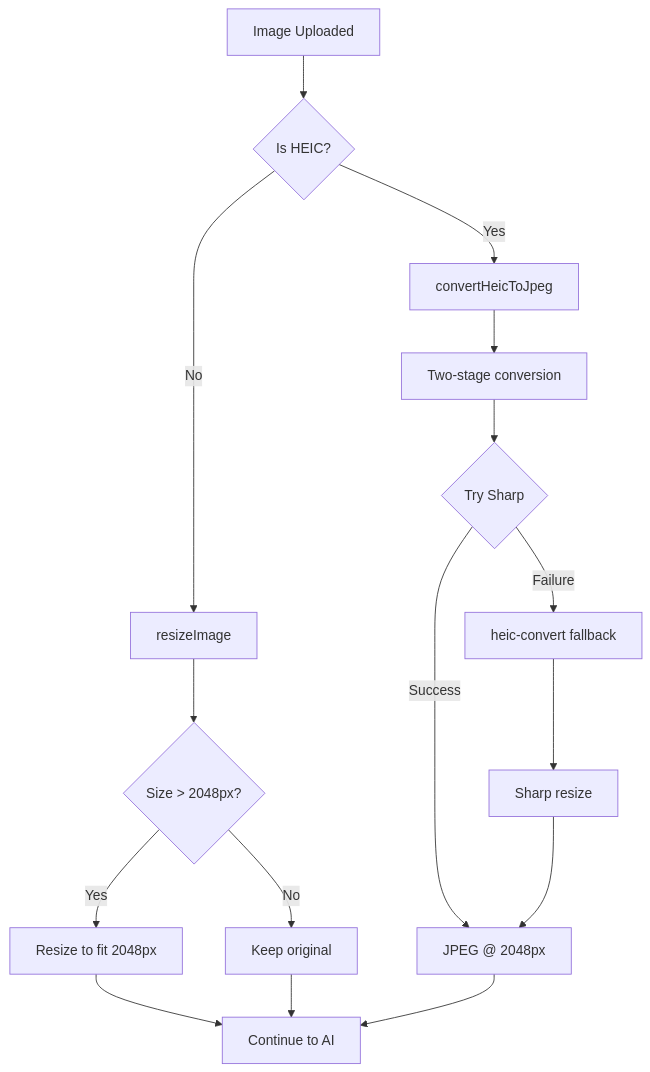
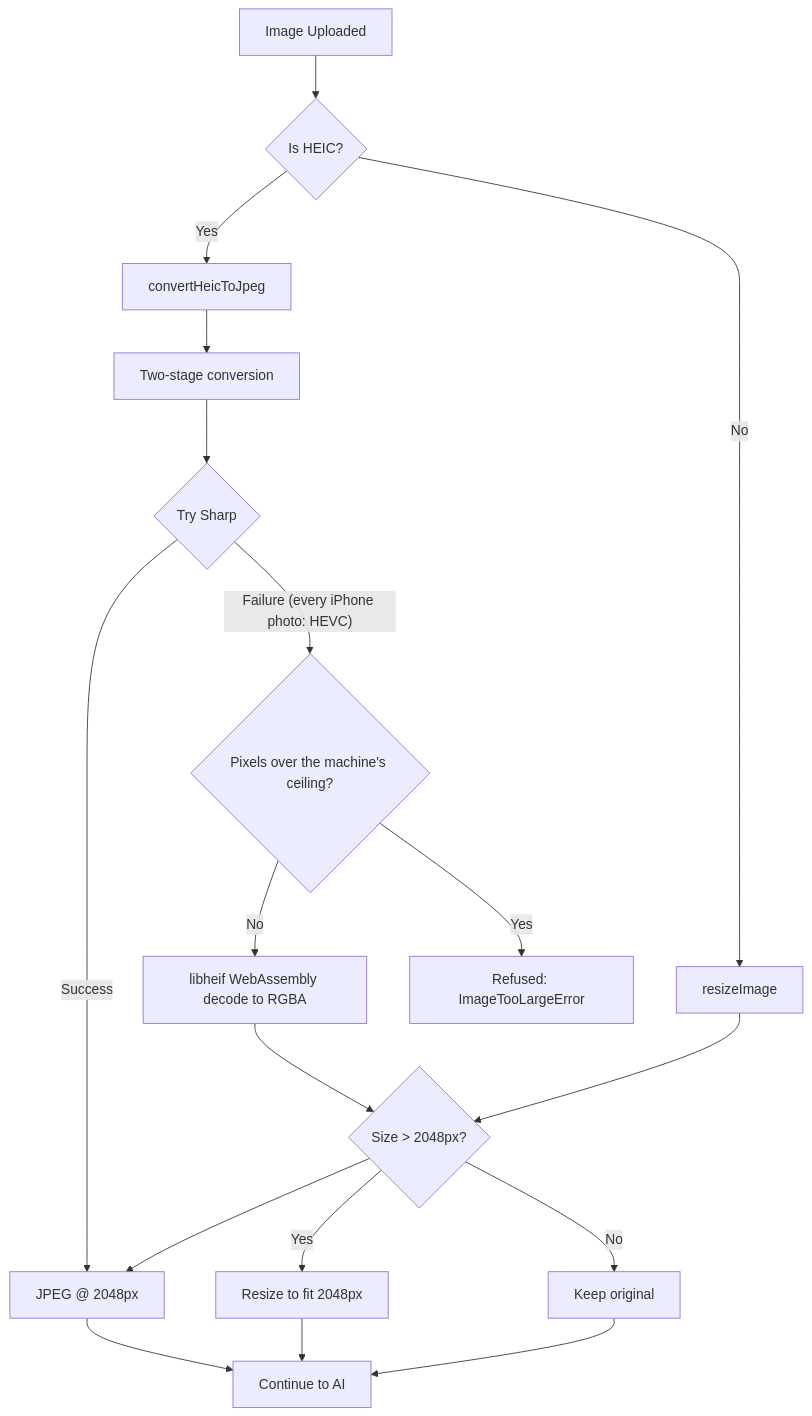
Before and after one commit to FredflixBE/midday: the sixth of 6 diagrams in docs/document-processing.md, drawn with Mermaid. The commit also changed other lines of this file and 21 other files, not shown here.

First line of the commit message:
FF-1491: decode HEIC with libheif's WebAssembly build, and refuse by pixels (#77)

````diff
--- a/docs/document-processing.md
+++ b/docs/document-processing.md
@@ -469,20 +470,22 @@
 ```mermaid
 flowchart TD
     A[Image Uploaded] --> B{Is HEIC?}
     B -->|Yes| C[convertHeicToJpeg]
     B -->|No| D[resizeImage]
     
     C --> E[Two-stage conversion]
     E --> F{Try Sharp}
     F -->|Success| G[JPEG @ 2048px]
-    F -->|Failure| H[heic-convert fallback]
-    H --> I[Sharp resize]
-    I --> G
+    F -->|"Failure (every iPhone photo: HEVC)"| H{Pixels over the machine's ceiling?}
+    H -->|No| I[libheif WebAssembly decode to RGBA]
+    H -->|Yes| R[Refused: ImageTooLargeError]
+    I --> J[Sharp resize]
+    J --> G
     
     D --> J{Size > 2048px?}
     J -->|Yes| K[Resize to fit 2048px]
     J -->|No| L[Keep original]
     K --> M[Continue to AI]
     L --> M
     G --> M
 ```
````
